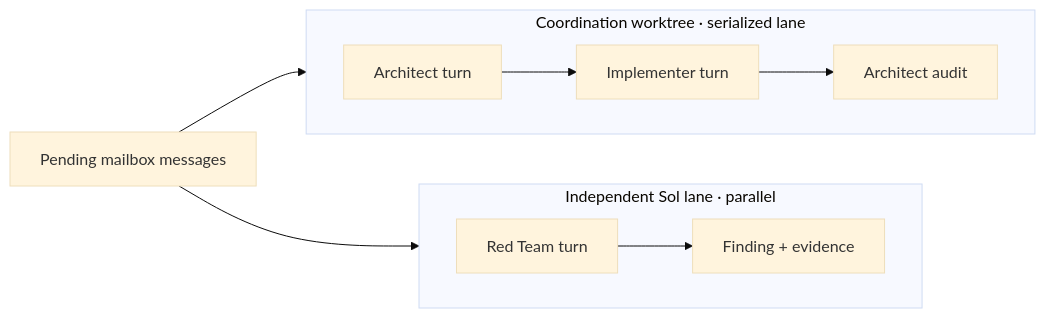
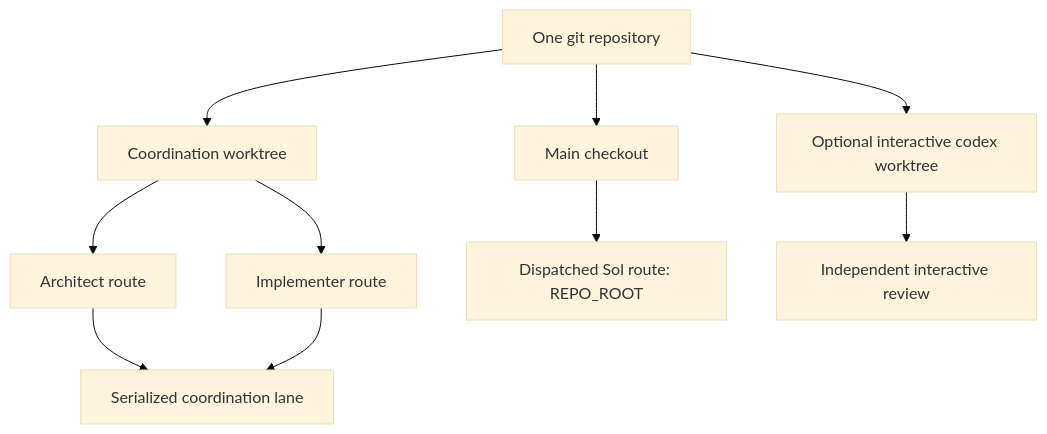
One commit to SBU-COSMOLIKE/emulators_code_v2 changed the seventh of 7 diagrams in notes/README.md. Above: the diagram before and after it, drawn with Mermaid (base theme). The commit also changed other lines of this file and 1 other file, not shown here.

````diff
--- a/notes/README.md
+++ b/notes/README.md
@@ -567,13 +572,12 @@
 ```mermaid
-flowchart LR
-  Q["Pending mailbox messages"] --> C
-  Q --> R
-  subgraph C["Coordination worktree · serialized lane"]
-    direction LR
-    A["Architect turn"] --> I["Implementer turn"] --> A2["Architect audit"]
-  end
-  subgraph R["Independent Sol lane · parallel"]
-    direction LR
-    S["Red Team turn"] --> SR["Finding + evidence"]
-  end
+flowchart TB
+  G["One git repository"] --> M["Main checkout"]
+  G --> C["Coordination worktree"]
+  G --> R["Optional interactive codex worktree"]
+  C --> A["Architect route"]
+  C --> I["Implementer route"]
+  M --> S["Dispatched Sol route: REPO_ROOT"]
+  R --> X["Independent interactive review"]
+  A --> L["Serialized coordination lane"]
+  I --> L
 ```
````
